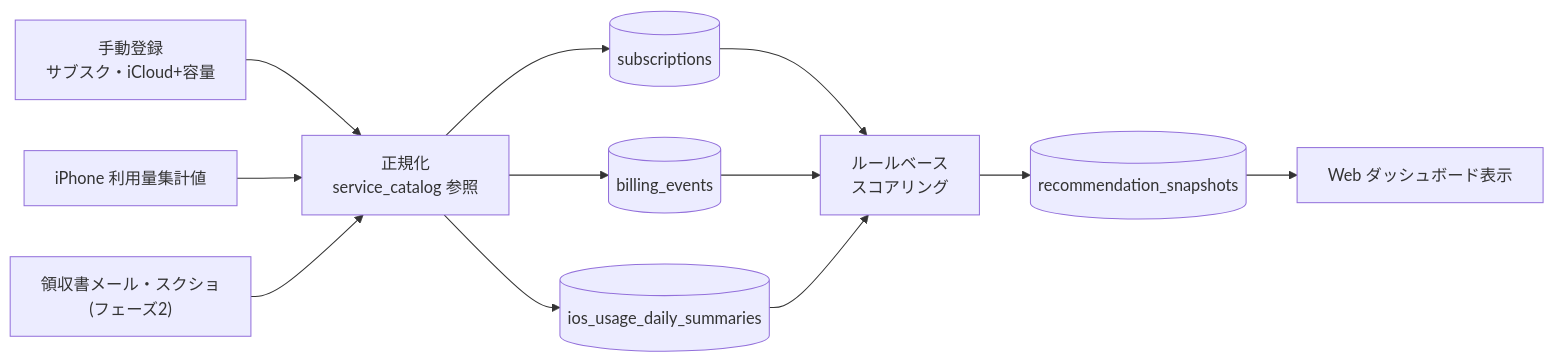
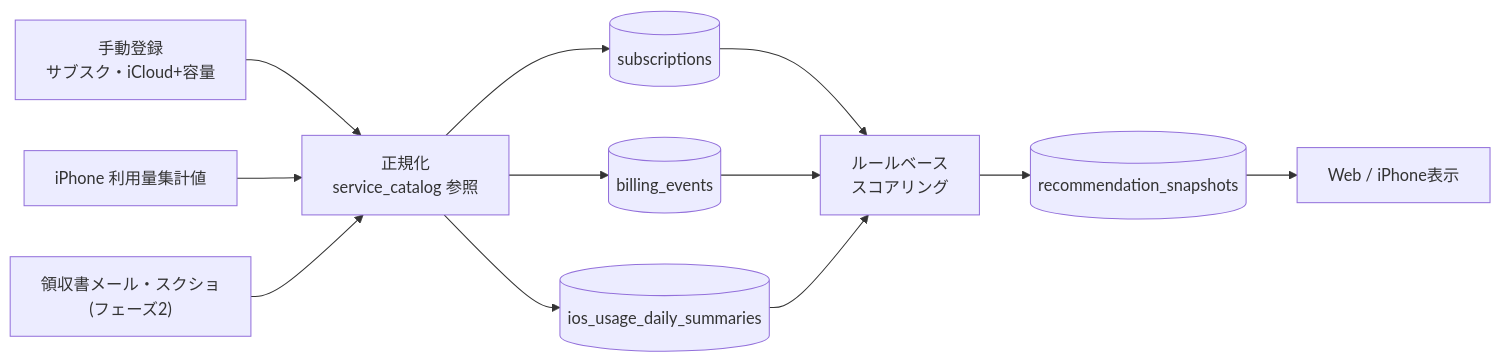
The second of 7 diagrams in docs/functional-design.md (Shintaro-Abe/SubBuddy), drawn with Mermaid before and after one commit. The commit also changed other lines of this file and 26 other files, not shown here.

````diff
--- a/docs/functional-design.md
+++ b/docs/functional-design.md
@@ -65,16 +67,16 @@
 ```mermaid
 flowchart LR
   Manual[手動登録<br/>サブスク・iCloud+容量] --> Normalize[正規化<br/>service_catalog 参照]
   IOSUsage[iPhone 利用量集計値] --> Normalize
   Receipt["領収書メール・スクショ<br/>(フェーズ2)"] --> Normalize
 
   Normalize --> Subscription[(subscriptions)]
   Normalize --> Billing[(billing_events)]
   Normalize --> Usage[(ios_usage_daily_summaries)]
 
   Subscription --> Scoring[ルールベース<br/>スコアリング]
   Billing --> Scoring
   Usage --> Scoring
   Scoring --> Reco[(recommendation_snapshots)]
-  Reco --> Web[Web ダッシュボード表示]
+  Reco --> Clients[Web / iPhone表示]
 ```
````
